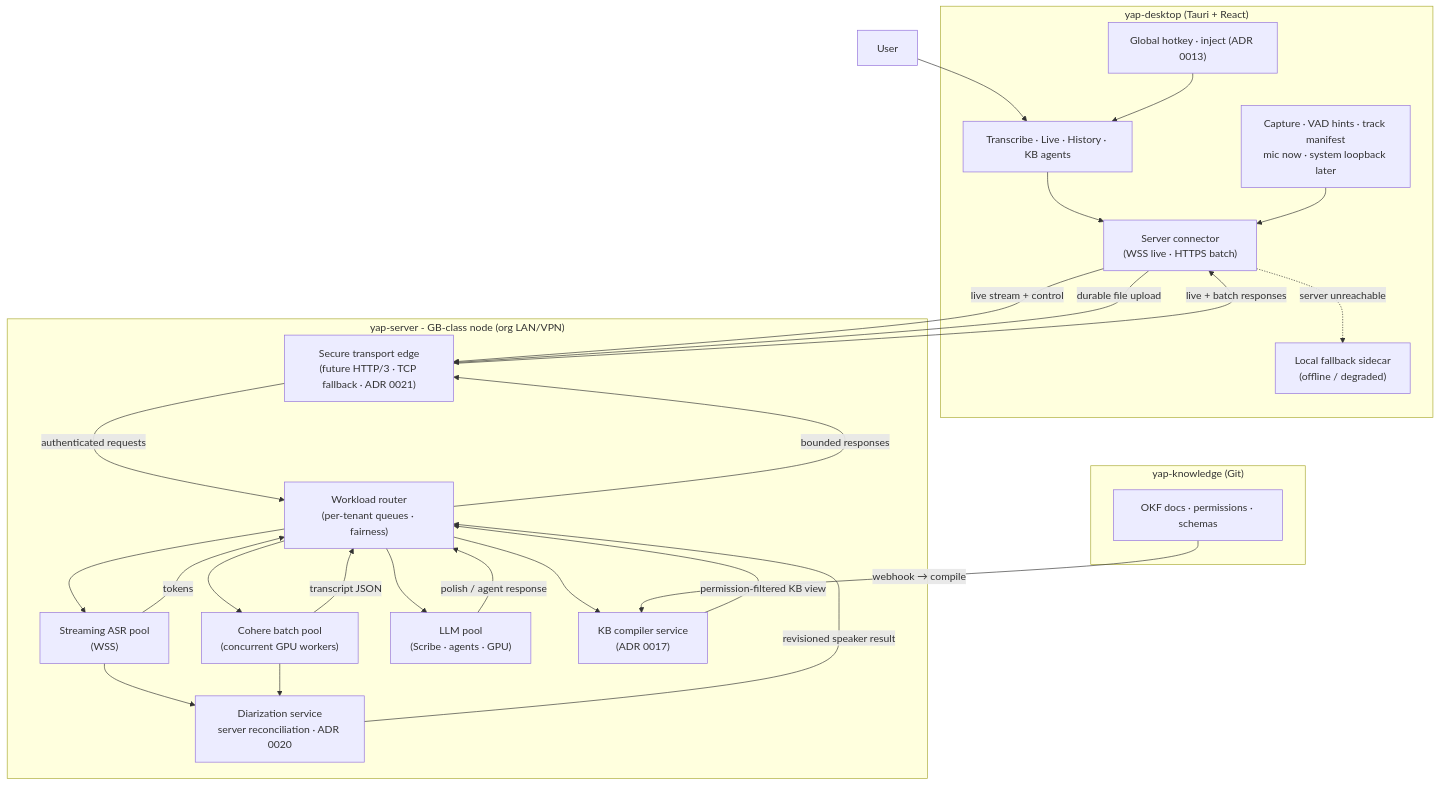
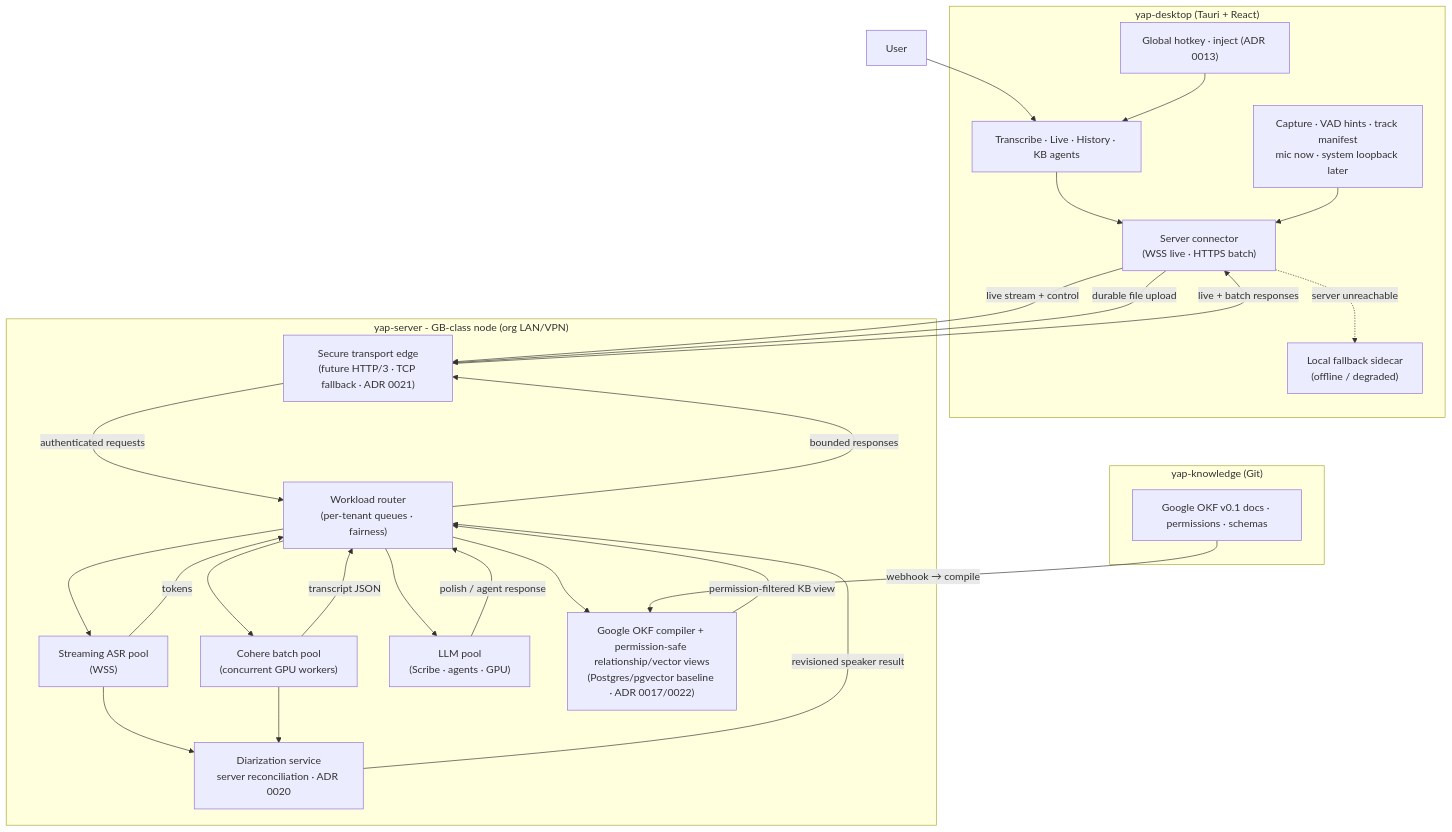
Before and after one commit to mcnatg1/yap: the second of 4 diagrams in docs/VOICE-OS-ARCHITECTURE.md, drawn with Mermaid. The commit also changed other lines of this file and 8 other files, not shown here.

Commit message:
docs: adopt Google OKF knowledge projections

````diff
--- a/docs/VOICE-OS-ARCHITECTURE.md
+++ b/docs/VOICE-OS-ARCHITECTURE.md
@@ -173,46 +173,46 @@
 ```mermaid
 flowchart TB
     User["User"]
 
     subgraph Client["yap-desktop (Tauri + React)"]
         UI["Transcribe · Live · History · KB agents"]
         Mic["Capture · VAD hints · track manifest<br/>mic now · system loopback later"]
         Hotkey["Global hotkey · inject (ADR 0013)"]
         Conn["Server connector\n(WSS live · HTTPS batch)"]
         LocalFB["Local fallback sidecar\n(offline / degraded)"]
     end
 
     subgraph Server["yap-server - GB-class node (org LAN/VPN)"]
         Edge["Secure transport edge\n(future HTTP/3 · TCP fallback · ADR 0021)"]
         Router["Workload router\n(per-tenant queues · fairness)"]
         ASR["Streaming ASR pool\n(WSS)"]
         Batch["Cohere batch pool\n(concurrent GPU workers)"]
         LLM["LLM pool\n(Scribe · agents · GPU)"]
         Diar["Diarization service\nserver reconciliation · ADR 0020"]
-        KB["KB compiler service\n(ADR 0017)"]
+        KB["Google OKF compiler + permission-safe relationship/vector views\n(Postgres/pgvector baseline · ADR 0017/0022)"]
     end
 
     subgraph KBRepo["yap-knowledge (Git)"]
-        KBData["OKF docs · permissions · schemas"]
+        KBData["Google OKF v0.1 docs · permissions · schemas"]
     end
 
     User --> UI
     UI --> Conn
     Mic --> Conn
     Conn -->|"live stream + control"| Edge
     Conn -->|"durable file upload"| Edge
     Edge -->|"authenticated requests"| Router
     Router -->|"bounded responses"| Edge
     Edge -->|"live + batch responses"| Conn
     Router --> ASR & Batch & LLM
     ASR & Batch --> Diar
     ASR -->|"tokens"| Router
     Diar -->|"revisioned speaker result"| Router
     Batch -->|"transcript JSON"| Router
     LLM -->|"polish / agent response"| Router
     Router --> KB
     KB -->|"permission-filtered KB view"| Router
     KBData -->|"webhook → compile"| KB
     Conn -.->|"server unreachable"| LocalFB
     Hotkey --> UI
 ```
````
